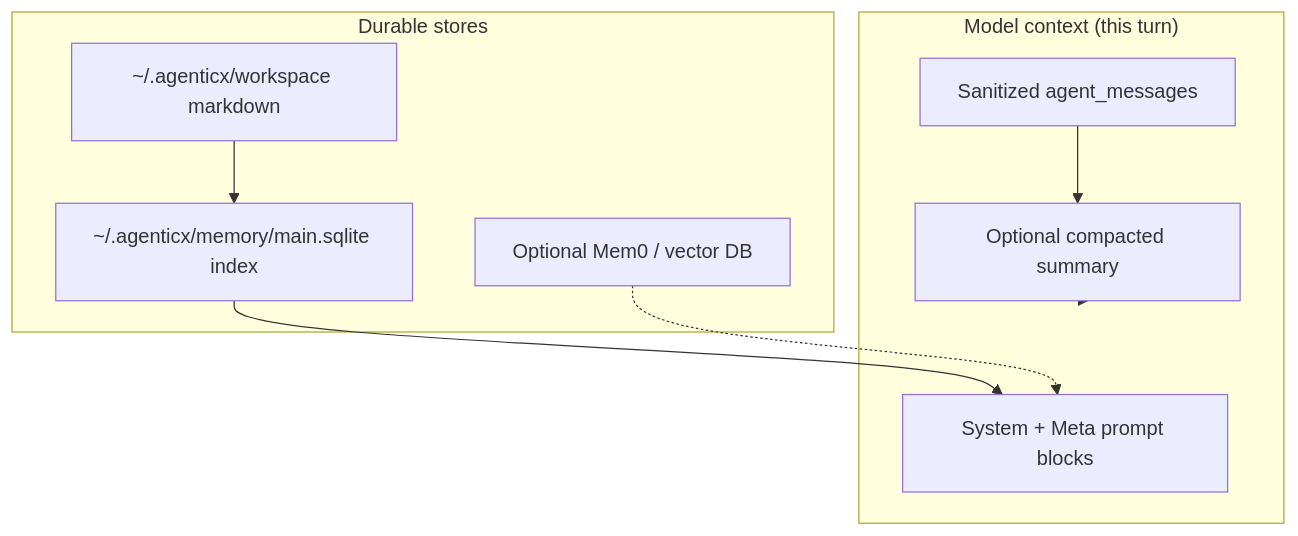
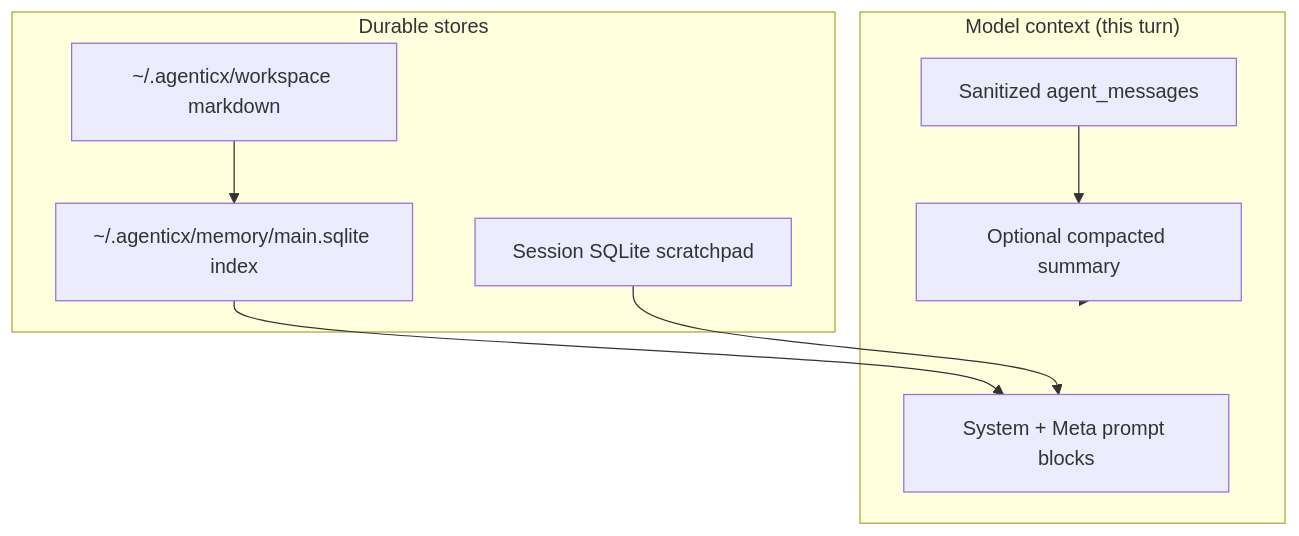
One commit to DemonDamon/AgenticX changed the diagram in docs/concepts/memory.md. Above: the diagram before and after it, drawn with Mermaid. The commit also changed other lines of this file and 197 other files, not shown here.

````diff
--- a/docs/concepts/memory.md
+++ b/docs/concepts/memory.md
@@ -9,18 +9,18 @@
 ```mermaid
 flowchart TB
   subgraph prompt["Model context (this turn)"]
     SYS[System + Meta prompt blocks]
     HIST[Sanitized agent_messages]
     COMP[Optional compacted summary]
   end
   subgraph persist["Durable stores"]
     WS[~/.agenticx/workspace markdown]
     IDX[~/.agenticx/memory/main.sqlite index]
-    MEM0[Optional Mem0 / vector DB]
+    SESSION[Session SQLite scratchpad]
   end
   WS --> IDX
   IDX --> SYS
-  MEM0 -.-> SYS
+  SESSION --> SYS
   HIST --> COMP
   COMP --> prompt
 ```
````
